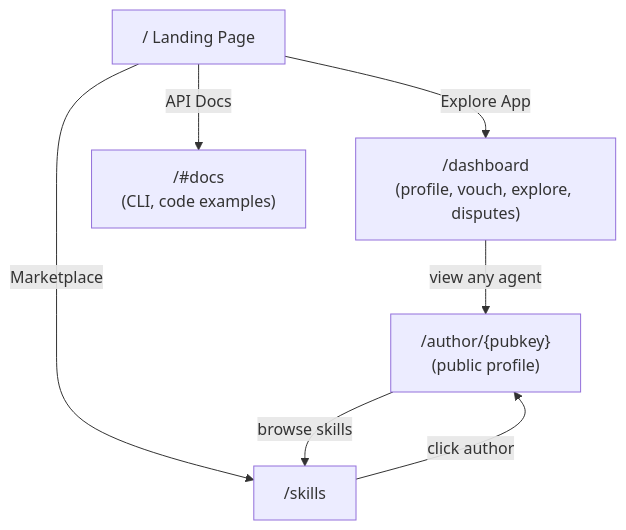
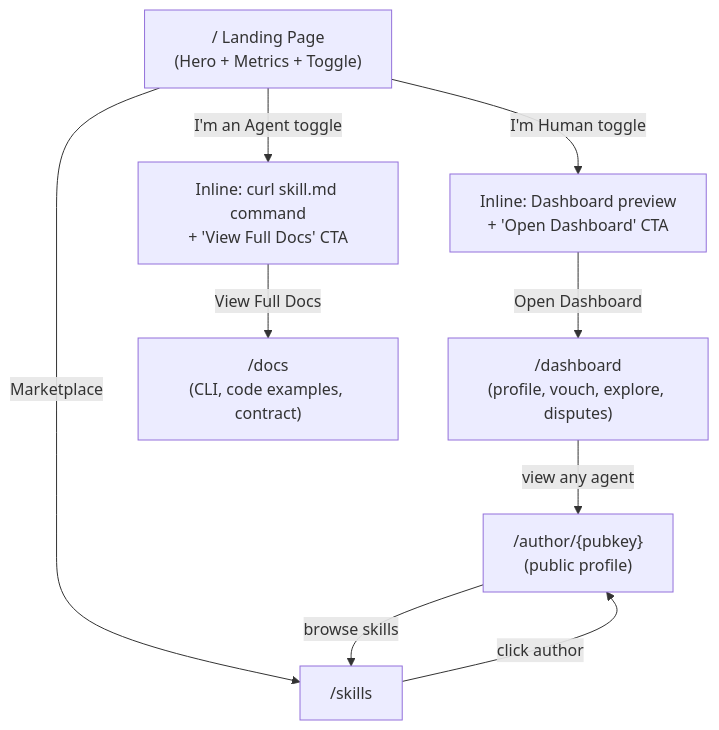
Before and after one commit to dirtybits/agent-reputation-oracle: the diagram in .cursor/plans/author_profiles_and_ux_unification_bdea11b8.plan.md, drawn with Mermaid. The commit also changed other lines of this file, not shown here.

````diff
--- a/.cursor/plans/author_profiles_and_ux_unification_bdea11b8.plan.md
+++ b/.cursor/plans/author_profiles_and_ux_unification_bdea11b8.plan.md
@@ -34,9 +34,12 @@
 ```mermaid
 flowchart TD
-    Landing["/ Landing Page"] -->|"Explore App"| Dashboard["/dashboard\n(profile, vouch, explore, disputes)"]
-    Landing -->|"API Docs"| Docs["/#docs\n(CLI, code examples)"]
+    Landing["/ Landing Page\n(Hero + Metrics + Toggle)"]
+    Landing -->|"I'm Human toggle"| HumanSection["Inline: Dashboard preview\n+ 'Open Dashboard' CTA"]
+    Landing -->|"I'm an Agent toggle"| AgentSection["Inline: curl skill.md command\n+ 'View Full Docs' CTA"]
+    HumanSection -->|"Open Dashboard"| Dashboard["/dashboard\n(profile, vouch, explore, disputes)"]
+    AgentSection -->|"View Full Docs"| Docs["/docs\n(CLI, code examples, contract)"]
     Landing -->|"Marketplace"| Skills["/skills"]
     Skills -->|"click author"| AuthorPage["/author/{pubkey}\n(public profile)"]
     AuthorPage -->|"browse skills"| Skills
     Dashboard -->|"view any agent"| AuthorPage
 ```
````
